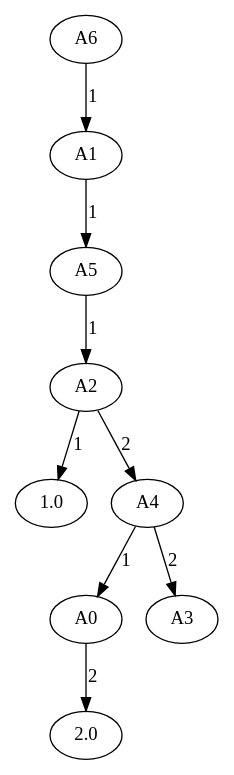
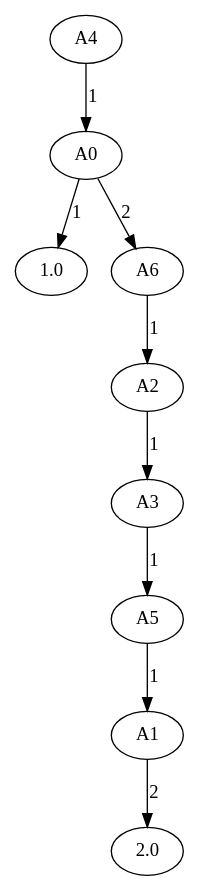
Before and after one commit to oyssolbo/TDT4171: the diagram in Assignments/A4/data/results/data/tree/Random importance id=9.gv, drawn with Graphviz. The commit also changed 30 other files, not shown here.

```diff
--- a/Assignments/A4/data/results/data/tree/Random importance id=9.gv
+++ b/Assignments/A4/data/results/data/tree/Random importance id=9.gv
@@ -1,20 +1,20 @@
 // Random importance
 digraph {
-	6 [label=A6]
-	1 [label=A1]
-	6 -> 1 [label=1]
-	5 [label=A5]
-	1 -> 5 [label=1]
-	2 [label=A2]
-	5 -> 2 [label=1]
-	1.0 [label=1.0]
-	2 -> 1.0 [label=1]
 	4 [label=A4]
-	2 -> 4 [label=2]
 	0 [label=A0]
 	4 -> 0 [label=1]
+	1.0 [label=1.0]
+	0 -> 1.0 [label=1]
+	6 [label=A6]
+	0 -> 6 [label=2]
+	2 [label=A2]
+	6 -> 2 [label=1]
+	3 [label=A3]
+	2 -> 3 [label=1]
+	5 [label=A5]
+	3 -> 5 [label=1]
+	1 [label=A1]
+	5 -> 1 [label=1]
 	2.0 [label=2.0]
-	0 -> 2.0 [label=2]
-	3 [label=A3]
-	4 -> 3 [label=2]
+	1 -> 2.0 [label=2]
 }
```
